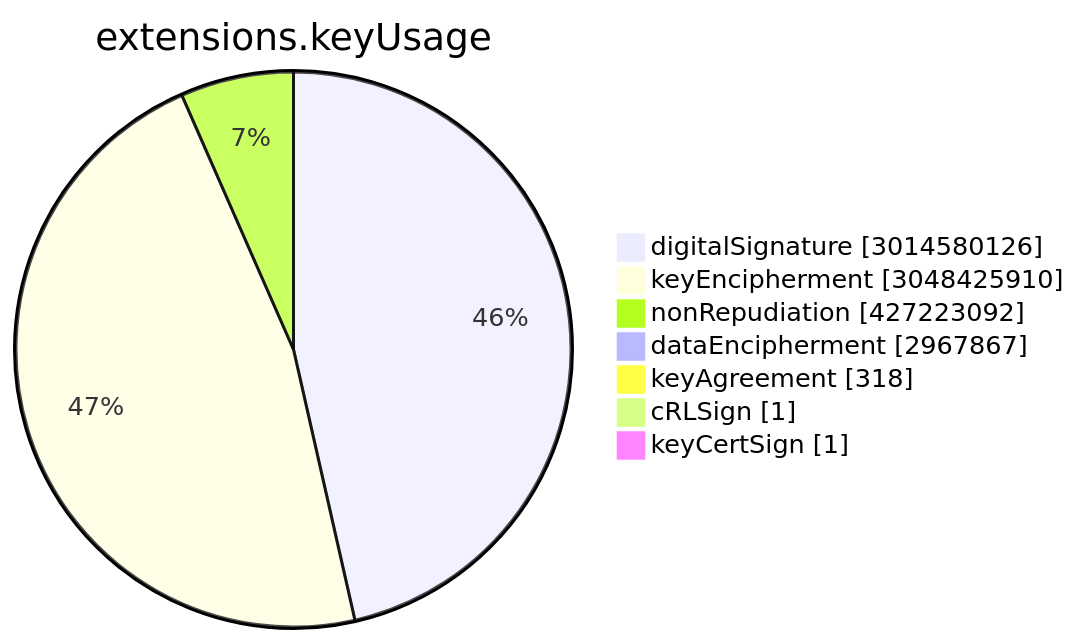
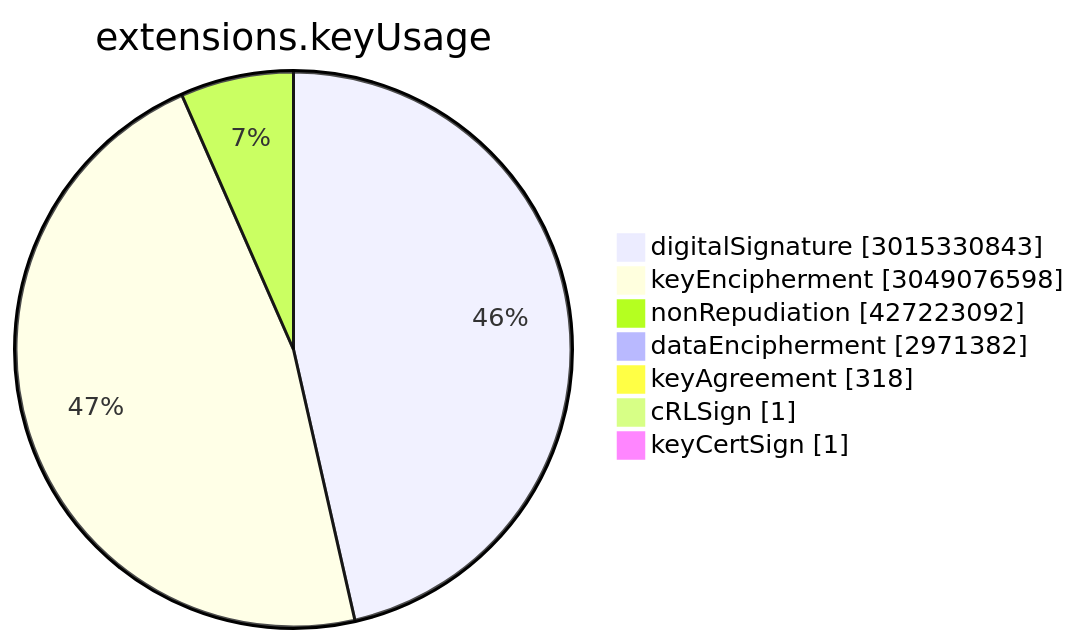
The sixth of 15 diagrams in TOTAL/README.md (christiankrug/ctmonitor_visualization), drawn with Mermaid before and after one commit. The commit also changed other lines of this file, not shown here.

````diff
--- a/TOTAL/README.md
+++ b/TOTAL/README.md
@@ -3075,11 +3075,11 @@
 ```mermaid
 pie showData
 title extensions.keyUsage
-"digitalSignature" :3014580126
-"keyEncipherment" :3048425910
+"digitalSignature" :3015330843
+"keyEncipherment" :3049076598
 "nonRepudiation" :427223092
-"dataEncipherment" :2967867
+"dataEncipherment" :2971382
 "keyAgreement" :318
 "cRLSign" :1
 "keyCertSign" :1
 ```
````
